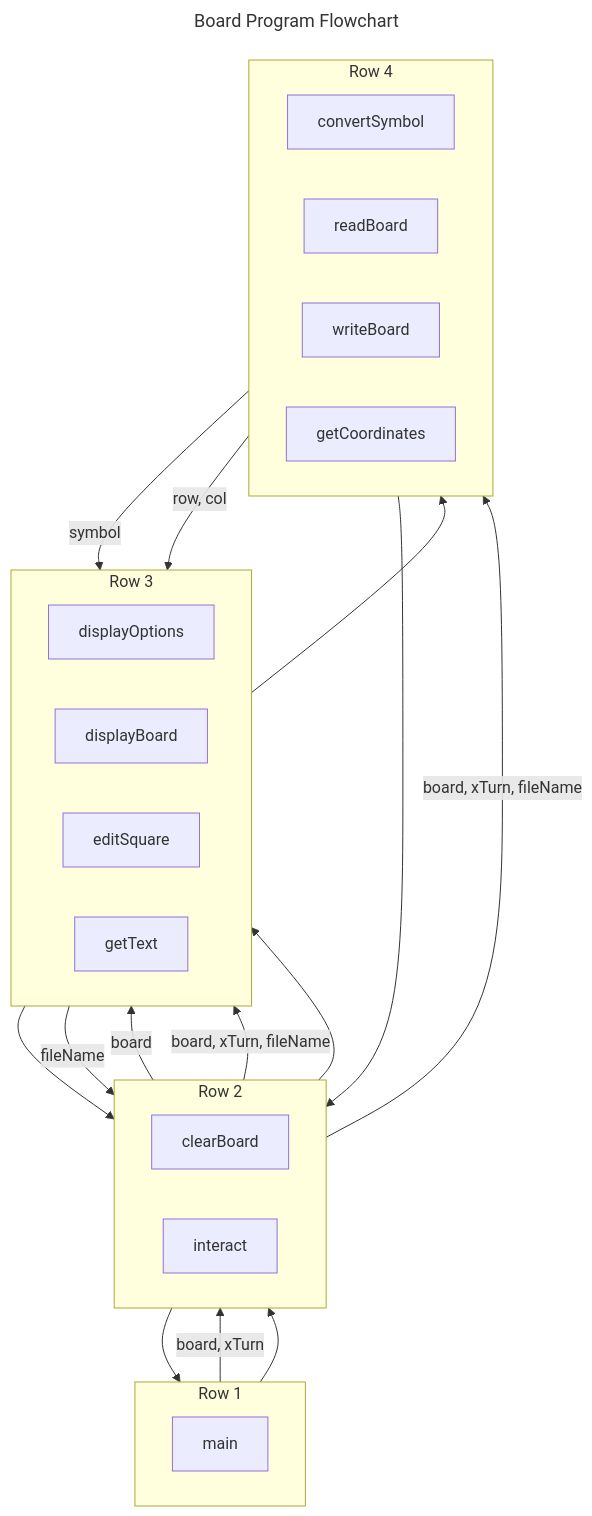
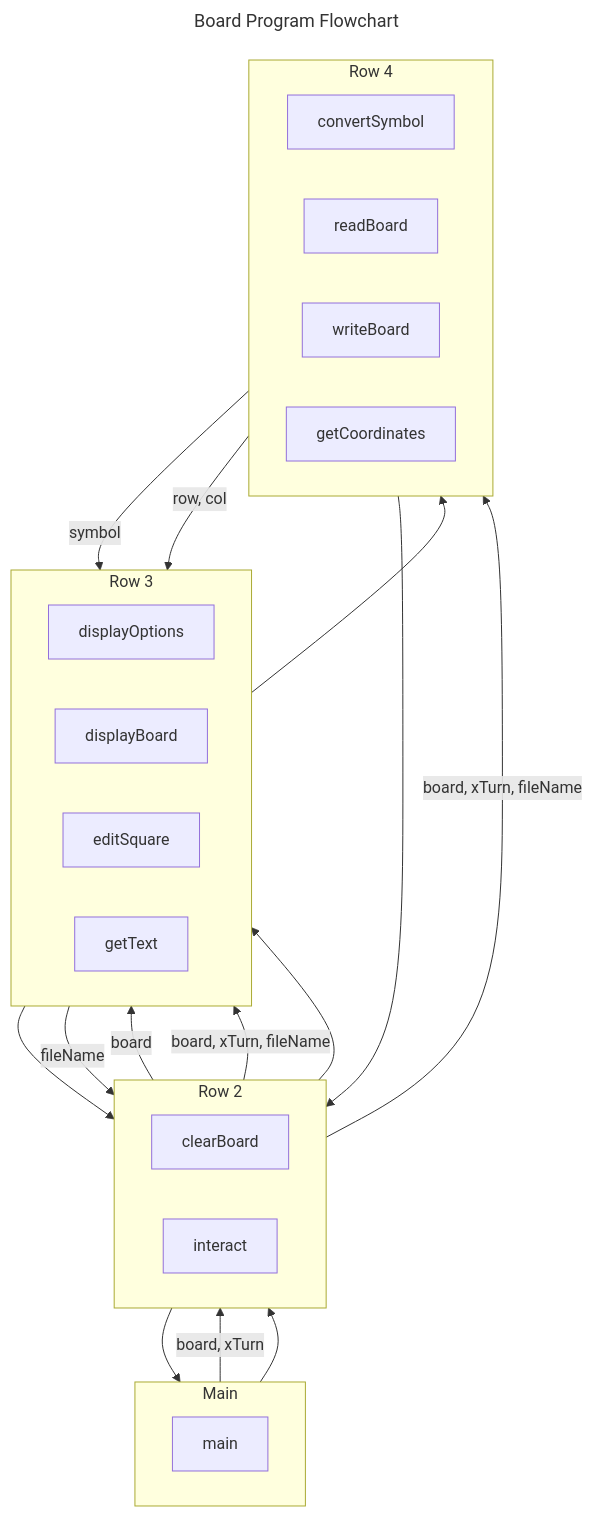
One commit to ehrrsn7/object-oriented-programming changed the diagram in cpp/Unit-1/Chapter-1.0/1.0-Design-Documents.ai.md. Above: the diagram before and after it, drawn with Mermaid. The commit also changed other lines of this file, not shown here.

```diff
--- a/cpp/Unit-1/Chapter-1.0/1.0-Design-Documents.ai.md
+++ b/cpp/Unit-1/Chapter-1.0/1.0-Design-Documents.ai.md
@@ -196,55 +196,55 @@
 :::mermaid
 ---
 title: Board Program Flowchart
 layout: hierarchical
 flowchart:
    htmlLabels: false
 ---
 flowchart TB
-   subgraph subGraph1["Row 1"]
+   subgraph subGraph1["Main"]
       direction LR
 
       main["main"]
    end
 
    subgraph subGraph2["Row 2"]
       direction RL
 
       clearBoard["clearBoard"]
       interact["interact"]
    end
 
    subgraph subGraph3["Row 3"]
       direction LR
 
       displayOptions["displayOptions"]
       displayBoard["displayBoard"]
       editSquare["editSquare"]
       getText["getText"]
    end
 
    subgraph subGraph4["Row 4"]
       direction LR
 
       convertSymbol["convertSymbol"]
       readBoard["readBoard"]
       writeBoard["writeBoard"]
       getCoordinates["getCoordinates"]
    end
 
    main -->|board, xTurn| interact
 
    clearBoard --> main
    
    displayOptions --> interact
    interact -->|board| displayBoard
    readBoard --> interact
    interact -->|board, xTurn, fileName| writeBoard
    interact -->|board, xTurn, fileName| editSquare
    getText -->|fileName| interact
 
    convertSymbol -->|symbol| displayBoard
    getCoordinates -->|row, col| editSquare
 
    subGraph1 --> subGraph2 --> subGraph3 --> subGraph4
 :::
```
